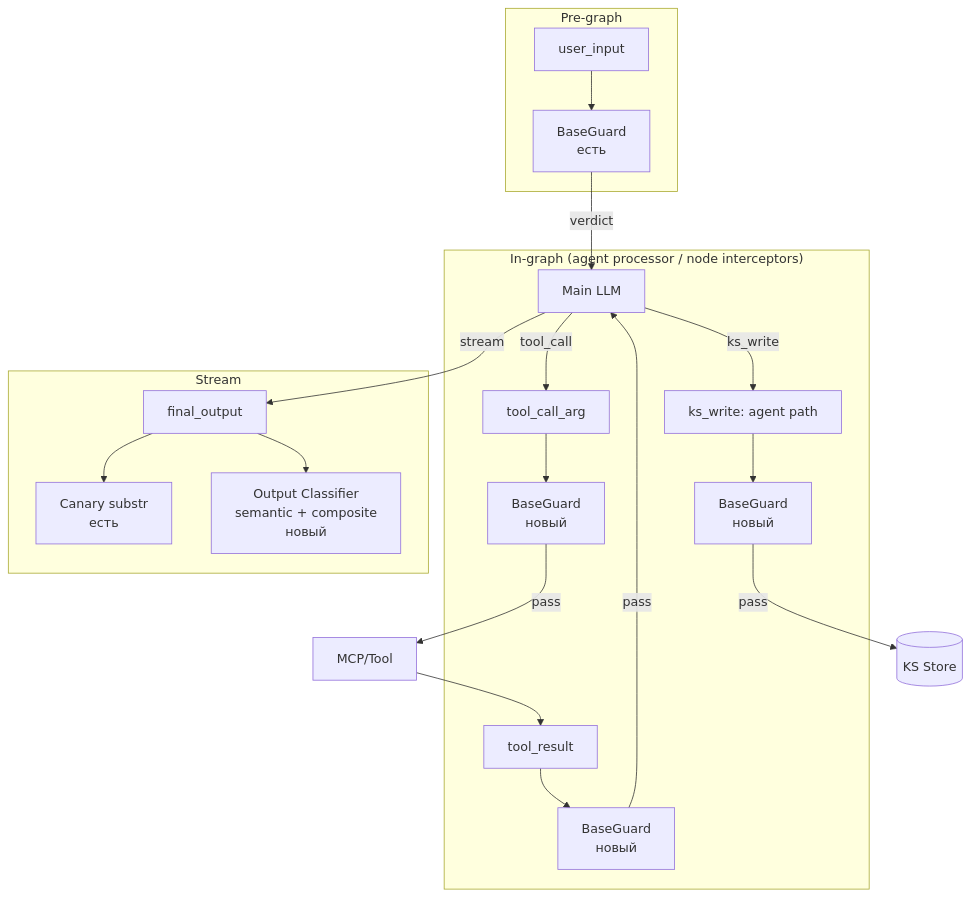
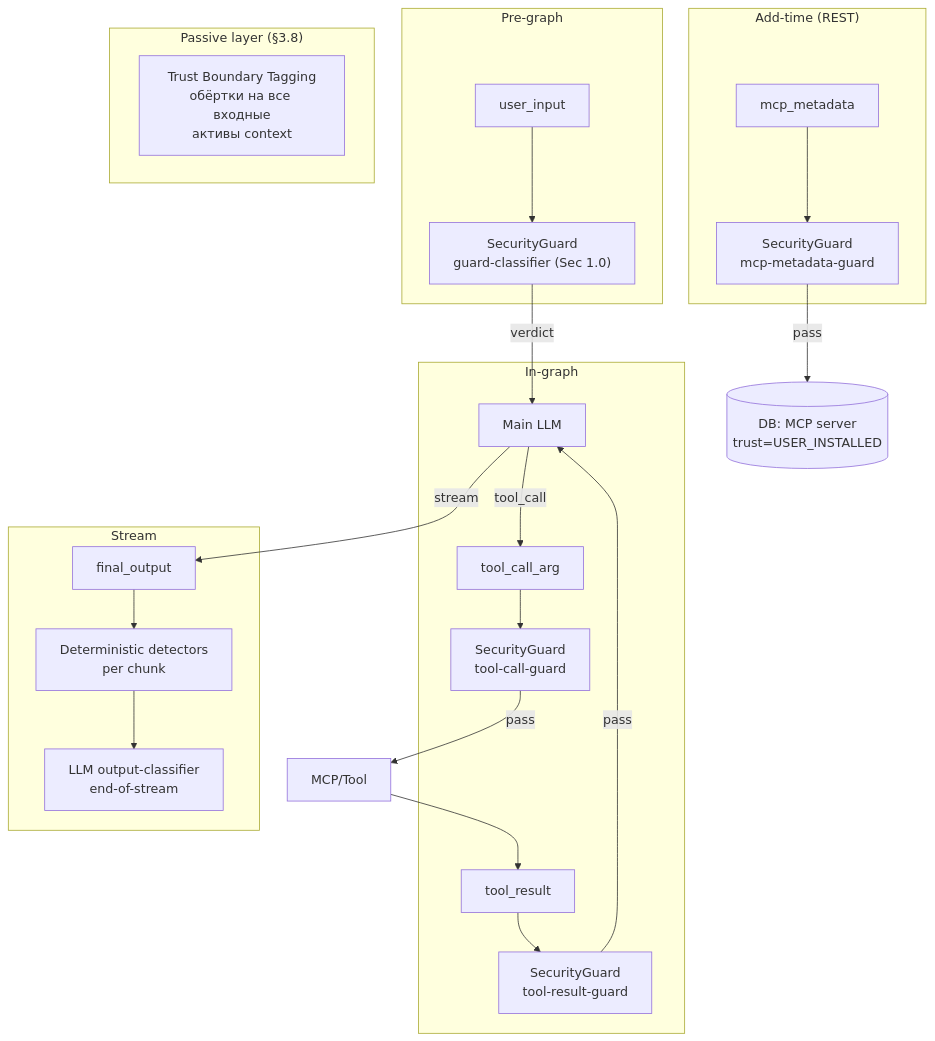
One commit to Bbar0n234/learnflow-ai changed the first of 2 diagrams in doc/tasks/iterations/post-mvp/feat-006-security-2.0/design-brief.md. Above: the diagram before and after it, drawn with Mermaid. The commit also changed other lines of this file and 2 other files, not shown here.

First line of the commit message:
docs(feat-006): финализировать design-brief Security 2.0 + R1/R2 research

````diff
--- a/doc/tasks/iterations/post-mvp/feat-006-security-2.0/design-brief.md
+++ b/doc/tasks/iterations/post-mvp/feat-006-security-2.0/design-brief.md
@@ -218,27 +270,33 @@
 ```mermaid
 graph TB
-    subgraph PRE["Pre-graph"]
-        UI[user_input] --> G1["BaseGuard<br/>есть"]
+    subgraph ADD["Add-time (REST)"]
+        MCPA[mcp_metadata] --> G0["SecurityGuard<br/>mcp-metadata-guard"]
     end
 
-    subgraph IN["In-graph (agent processor / node interceptors)"]
+    subgraph PRE["Pre-graph"]
+        UI[user_input] --> G1["SecurityGuard<br/>guard-classifier (Sec 1.0)"]
+    end
+
+    subgraph IN["In-graph"]
         LLM["Main LLM"]
-        TC[tool_call_arg] --> G2["BaseGuard<br/>новый"]
-        TR[tool_result] --> G3["BaseGuard<br/>новый"]
-        KS[ks_write: agent path] --> G4["BaseGuard<br/>новый"]
+        TC[tool_call_arg] --> G2["SecurityGuard<br/>tool-call-guard"]
+        TR[tool_result] --> G3["SecurityGuard<br/>tool-result-guard"]
     end
 
     subgraph POST["Stream"]
-        FO[final_output] --> G5["Canary substr<br/>есть"]
-        FO --> G6["Output Classifier<br/>semantic + composite<br/>новый"]
+        FO[final_output] --> G4["Deterministic detectors<br/>per chunk"]
+        G4 --> G5["LLM output-classifier<br/>end-of-stream"]
     end
 
+    subgraph PASSIVE["Passive layer (§3.8)"]
+        TBT["Trust Boundary Tagging<br/>обёртки на все входные<br/>активы context"]
+    end
+
+    G0 -->|pass| SAVE[("DB: MCP server<br/>trust=USER_INSTALLED")]
     G1 -->|verdict| LLM
     LLM -->|tool_call| TC
     G2 -->|pass| MCP["MCP/Tool"]
     MCP --> TR
     G3 -->|pass| LLM
-    LLM -->|ks_write| KS
-    G4 -->|pass| STORE[("KS Store")]
     LLM -->|stream| FO
 ```
````
